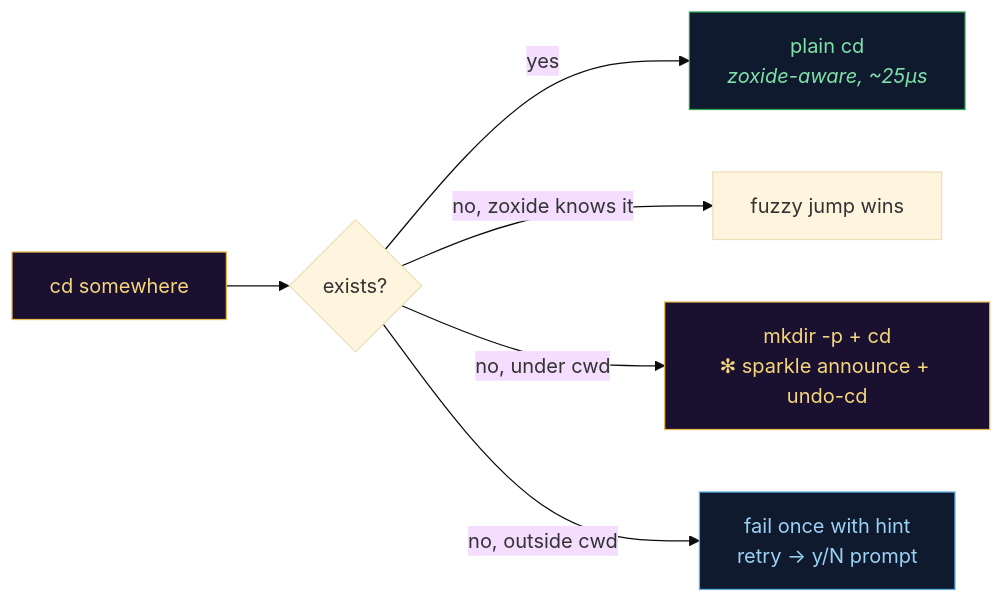
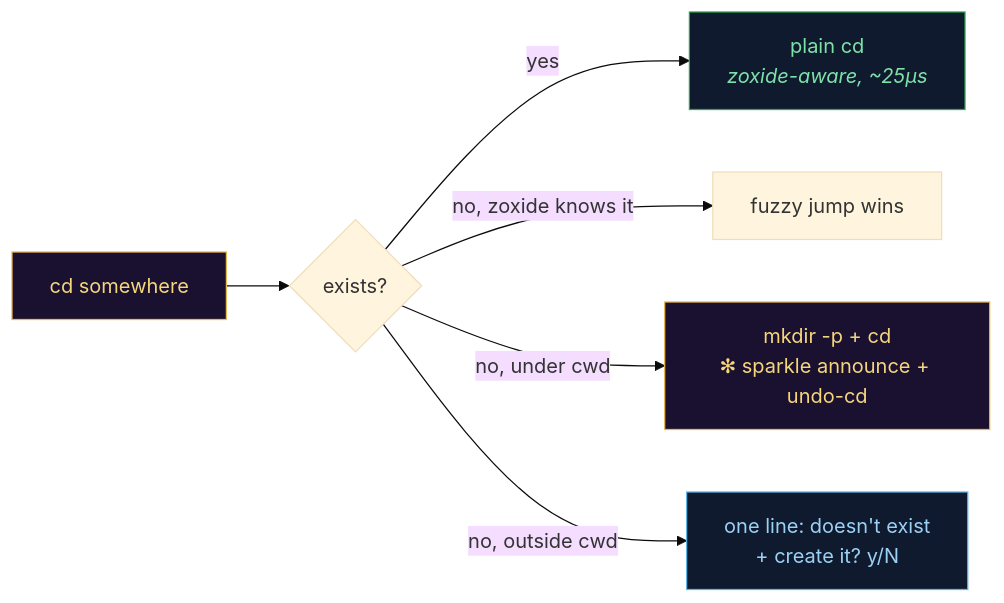
Before and after one commit to fire17/bettercd: the diagram in README.md, drawn with Mermaid (base theme). The commit also changed other lines of this file and 3 other files, not shown here.

First line of the commit message:
outside-cwd: one-step create prompt; unvisited-dir jump (cwd tree, then $HOME)

````diff
--- a/README.md
+++ b/README.md
@@ -49,12 +46,12 @@
 ```mermaid
 flowchart LR
     A["cd somewhere"] --> B{"exists?"}
     B -->|"yes"| C["plain cd<br/><i>zoxide-aware, ~25µs</i>"]
     B -->|"no, zoxide knows it"| D["fuzzy jump wins"]
     B -->|"no, under cwd"| E["mkdir -p + cd<br/>✻ sparkle announce + undo-cd"]
-    B -->|"no, outside cwd"| F["fail once with hint<br/>retry → y/N prompt"]
+    B -->|"no, outside cwd"| F["one line: doesn't exist<br/>+ create it? y/N"]
     style A fill:#1a1030,stroke:#e8b84a,color:#f5d67b
     style C fill:#101a2e,stroke:#2ea44f,color:#7ee2a8
     style E fill:#1a1030,stroke:#e8b84a,color:#f5d67b
     style F fill:#101a2e,stroke:#5fb3e8,color:#9bd1f5
 ```
````
